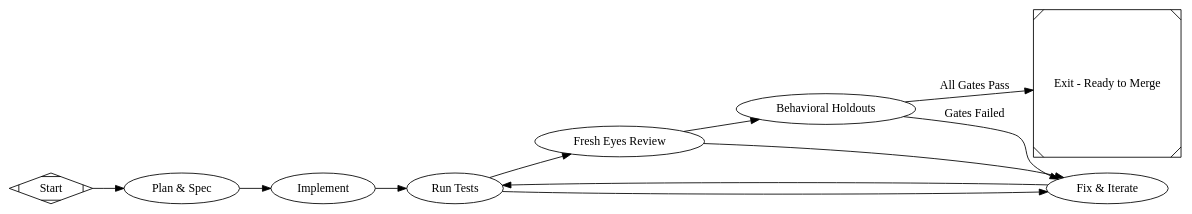
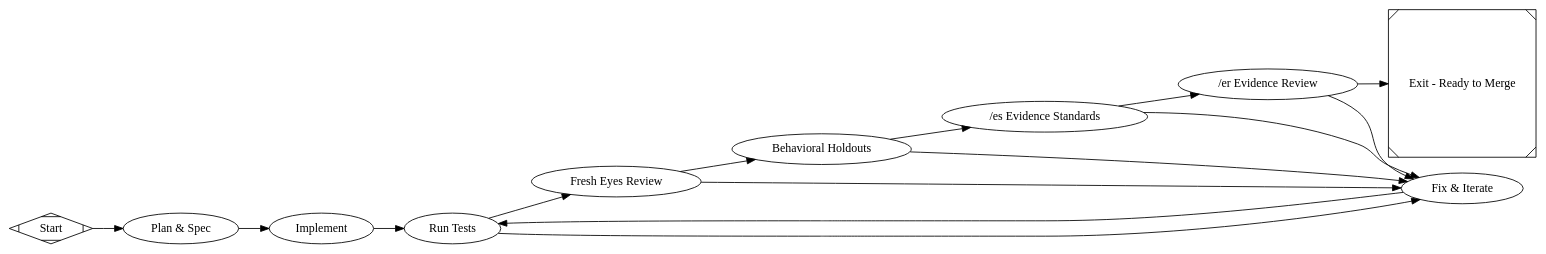
Before and after one commit to jleechanorg/dark-factory: the diagram in pipelines/slim/minimal_feature.dot, drawn with Graphviz. The commit also changed 77 other files, not shown here.

```diff
--- a/pipelines/slim/minimal_feature.dot
+++ b/pipelines/slim/minimal_feature.dot
@@ -1,70 +1,89 @@
 digraph MinimalFeatureFactory {
   graph [
-    goal="Implement a production-ready feature that passes tests, review, and behavioral holdouts",
+    goal="Implement a production-ready feature that passes tests, review, and behavioral holdouts"
     rankdir=LR
+    model_stylesheet="minimal_feature.model.css"
   ]
 
   start [shape=Mdiamond, label="Start"]
   exit  [shape=Msquare, label="Exit - Ready to Merge"]
 
   plan [
     type="codergen",
     label="Plan & Spec",
+    class="plan",
     prompt="@prompts/slim/plan.md"
   ]
 
   implement [
     type="codergen",
     label="Implement",
+    class="implement",
     prompt="@prompts/slim/implement.md",
     max_retries=2
   ]
 
   test [
     type="tool",
     label="Run Tests",
     command="${state.slim.test_command}",
     validation=true,
     goal_gate=true,
     retry_target="fix"
   ]
 
   review [
     type="codergen",
     label="Fresh Eyes Review",
+    class="review",
     prompt="@prompts/slim/review.md",
     goal_gate=true,
     retry_target="fix"
   ]
 
   holdout [
-    type="tool",
+    type="holdout_eval",
     label="Behavioral Holdouts",
-    command="${state.slim.holdout_command}",
     validation=true,
     goal_gate=true,
     retry_target="fix"
+  ]
+
+  gate_es [
+    type="gate_es",
+    label="/es Evidence Standards"
+  ]
+
+  gate_er [
+    type="gate_er",
+    label="/er Evidence Review"
   ]
 
   fix [
     type="codergen",
     label="Fix & Iterate",
     prompt="@prompts/slim/fix.md",
     max_retries=2
   ]
 
   start -> plan
   plan -> implement
   implement -> test
 
   test -> review [condition="outcome=success"]
   test -> fix [condition="outcome!=success"]
 
   review -> holdout [condition="outcome=success"]
   review -> fix [condition="outcome!=success"]
 
-  holdout -> exit [label="All Gates Pass", condition="outcome=success"]
-  holdout -> fix [label="Gates Failed", condition="outcome!=success"]
+  holdout -> gate_es [condition="outcome=success"]
+  holdout -> fix [condition="outcome!=success"]
+
+  gate_es -> gate_er [condition="outcome=success"]
+  gate_es -> fix [condition="outcome!=success"]
+
+  gate_er -> exit [condition="outcome=success"]
+  gate_er -> fix [condition="outcome!=success"]
 
   fix -> test
 }
```
